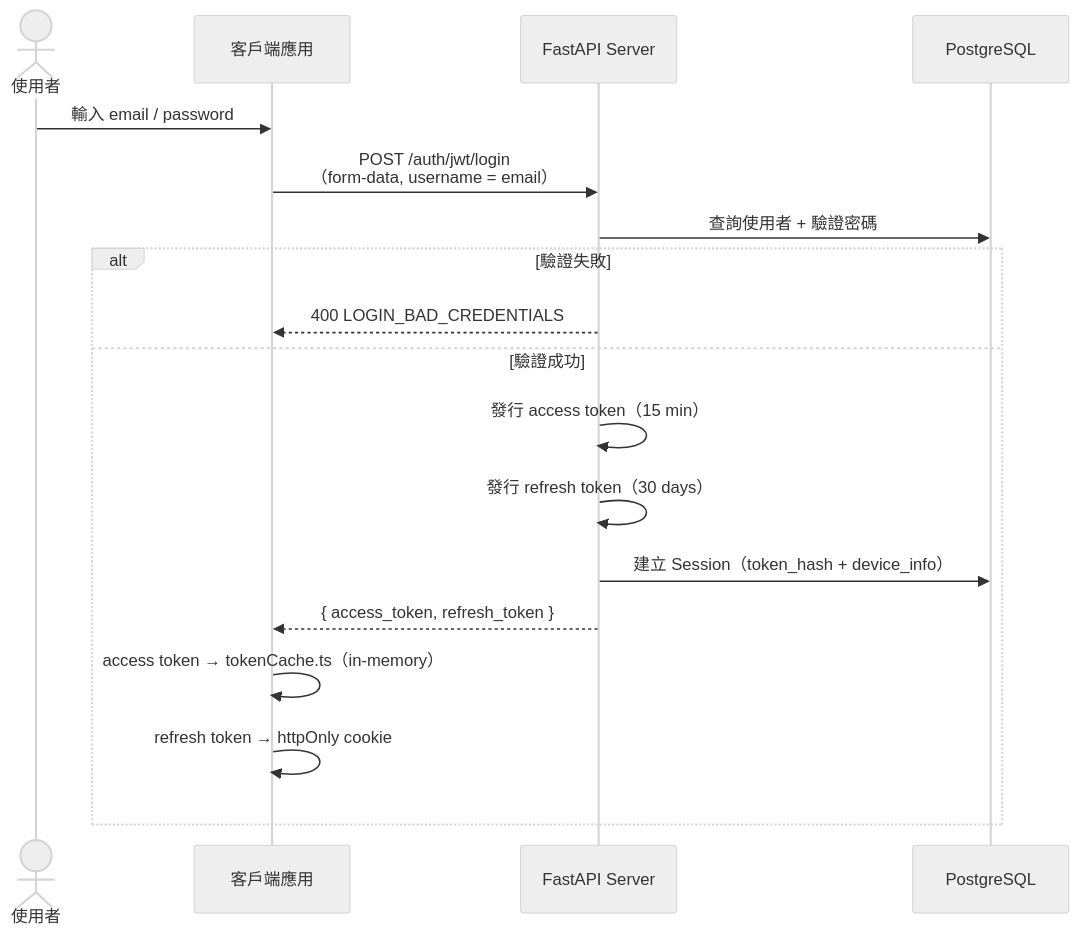
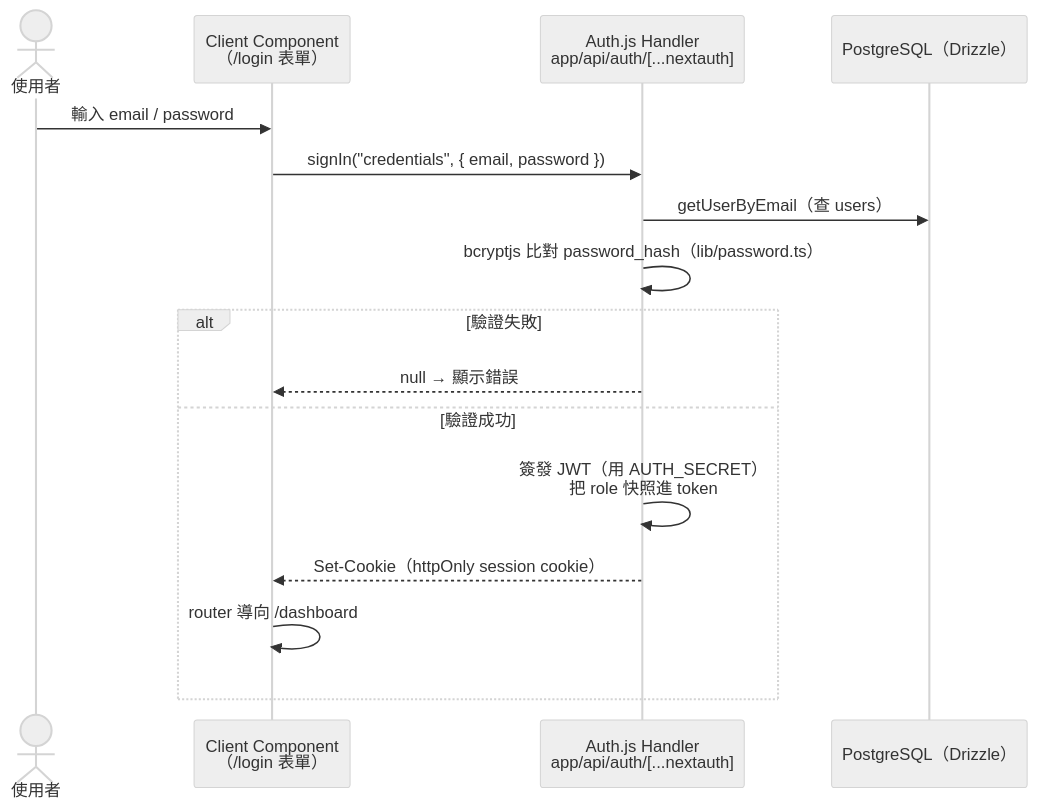
The first of 3 diagrams in docs/diagrams/auth-flow.md (cloud-f1/shutien-p2-lab3-nexjs-template), drawn with Mermaid (neutral theme) before and after one commit. The commit also changed other lines of this file and 71 other files, not shown here.

````diff
--- a/docs/diagrams/auth-flow.md
+++ b/docs/diagrams/auth-flow.md
@@ -10,21 +10,19 @@
 ```mermaid
 sequenceDiagram
     actor 使用者
-    participant Client as 客戶端應用
-    participant Server as FastAPI Server
-    participant DB as PostgreSQL
+    participant Client as Client Component<br/>（/login 表單）
+    participant NextAuth as Auth.js Handler<br/>app/api/auth/[...nextauth]
+    participant DB as PostgreSQL（Drizzle）
 
     使用者->>Client: 輸入 email / password
-    Client->>Server: POST /auth/jwt/login<br/>（form-data, username = email）
-    Server->>DB: 查詢使用者 + 驗證密碼
+    Client->>NextAuth: signIn("credentials", { email, password })
+    NextAuth->>DB: getUserByEmail（查 users）
+    NextAuth->>NextAuth: bcryptjs 比對 password_hash（lib/password.ts）
     alt 驗證失敗
-        Server-->>Client: 400 LOGIN_BAD_CREDENTIALS
+        NextAuth-->>Client: null → 顯示錯誤
     else 驗證成功
-        Server->>Server: 發行 access token（15 min）
-        Server->>Server: 發行 refresh token（30 days）
-        Server->>DB: 建立 Session（token_hash + device_info）
-        Server-->>Client: { access_token, refresh_token }
-        Client->>Client: access token → tokenCache.ts（in-memory）
-        Client->>Client: refresh token → httpOnly cookie
+        NextAuth->>NextAuth: 簽發 JWT（用 AUTH_SECRET）<br/>把 role 快照進 token
+        NextAuth-->>Client: Set-Cookie（httpOnly session cookie）
+        Client->>Client: router 導向 /dashboard
     end
 ```
````
